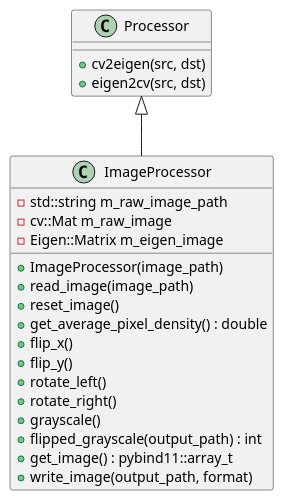
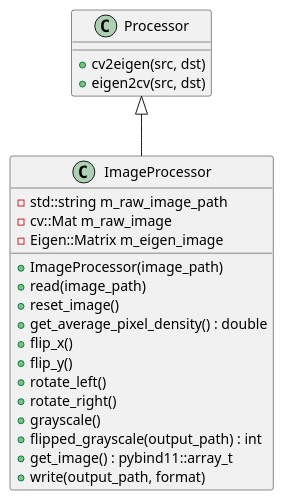
Before and after one commit to spenser-millburn/surescan-take-home: the diagram in docs/image_processor.puml, drawn with PlantUML. The commit also changed 3 other files, not shown here.

```diff
--- a/docs/image_processor.puml
+++ b/docs/image_processor.puml
@@ -1,26 +1,26 @@
 @startuml
 class Processor {
   +cv2eigen(src, dst)
   +eigen2cv(src, dst)
 }
 
 class ImageProcessor {
   -std::string m_raw_image_path
   -cv::Mat m_raw_image
   -Eigen::Matrix m_eigen_image
   +ImageProcessor(image_path)
-  +read_image(image_path)
+  +read(image_path)
   +reset_image()
   +get_average_pixel_density() : double
   +flip_x()
   +flip_y()
   +rotate_left()
   +rotate_right()
   +grayscale()
   +flipped_grayscale(output_path) : int
   +get_image() : pybind11::array_t
-  +write_image(output_path, format)
+  +write(output_path, format)
 }
 
 Processor <|-- ImageProcessor
 @enduml
```
